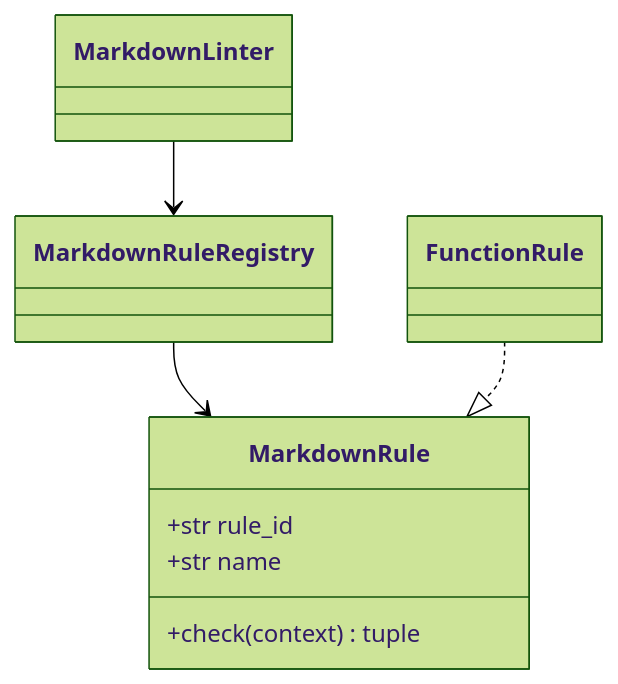
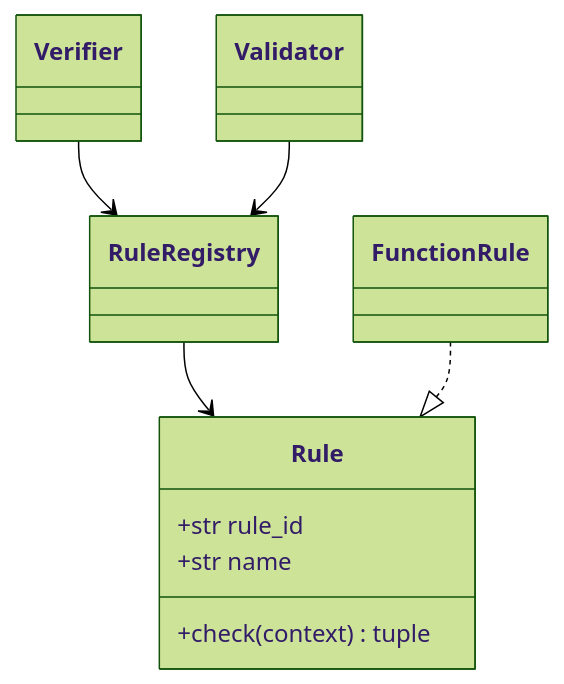
The sixth of 6 diagrams in docs/SDD.md (antoinebarre/mkforge), drawn with Mermaid (forest theme) before and after one commit. The commit also changed other lines of this file and 130 other files, not shown here.

````diff
--- a/docs/SDD.md
+++ b/docs/SDD.md
@@ -468,14 +470,16 @@
 ```mermaid
 classDiagram
-    class MarkdownRule {
+    class Rule {
         +str rule_id
         +str name
         +check(context) tuple
     }
     class FunctionRule
-    class MarkdownRuleRegistry
-    class MarkdownLinter
-    MarkdownLinter --> MarkdownRuleRegistry
-    MarkdownRuleRegistry --> MarkdownRule
-    FunctionRule ..|> MarkdownRule
+    class RuleRegistry
+    class Verifier
+    class Validator
+    Verifier --> RuleRegistry
+    Validator --> RuleRegistry
+    RuleRegistry --> Rule
+FunctionRule ..|> Rule
 ```
````
